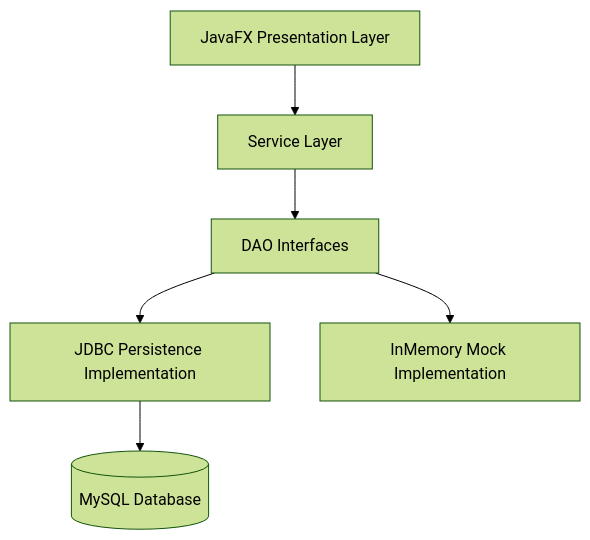
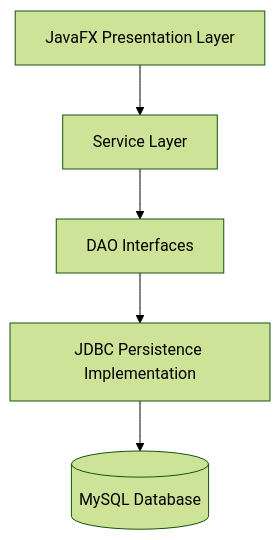
One commit to Sidnehh/ProjetBDD2ArtConnect changed the diagram in README.md. Above: the diagram before and after it, drawn with Mermaid (forest theme). The commit also changed other lines of this file and 3 other files, not shown here.

````diff
--- a/README.md
+++ b/README.md
@@ -44,8 +55,7 @@
 ```mermaid
 graph TD
     UI[JavaFX Presentation Layer] --> Service[Service Layer]
     Service --> DAO[DAO Interfaces]
     DAO --> JDBC[JDBC Persistence Implementation]
-    DAO --> InMemory[InMemory Mock Implementation]
     JDBC --> DB[(MySQL Database)]
 ```
````
